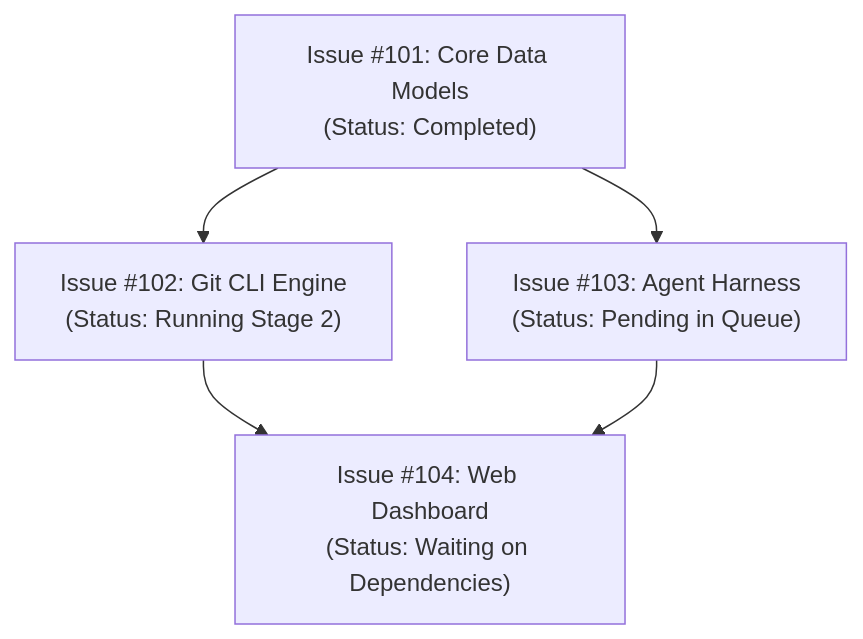
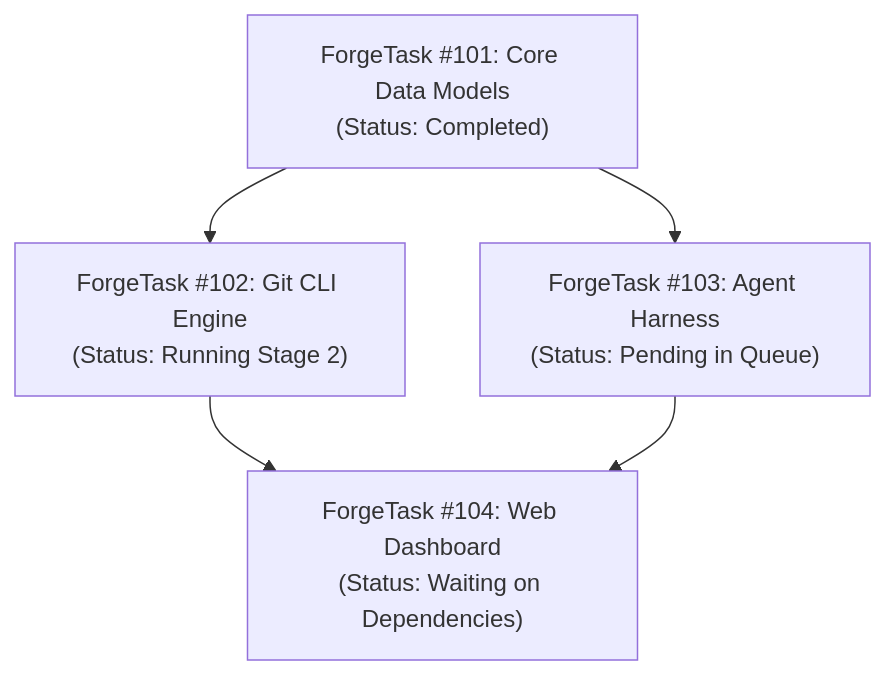
One commit to jetelain/NightCodeForge changed the sixth of 22 diagrams in docs/ARCHITECTURE.md. Above: the diagram before and after it, drawn with Mermaid. The commit also changed other lines of this file and 151 other files, not shown here.

Commit message:
Issue -> Task

````diff
--- a/docs/ARCHITECTURE.md
+++ b/docs/ARCHITECTURE.md
@@ -489,12 +489,12 @@
 ```mermaid
 flowchart TD
-    Issue101["Issue #101: Core Data Models\n(Status: Completed)"]
-    Issue102["Issue #102: Git CLI Engine\n(Status: Running Stage 2)"]
-    Issue103["Issue #103: Agent Harness\n(Status: Pending in Queue)"]
-    Issue104["Issue #104: Web Dashboard\n(Status: Waiting on Dependencies)"]
+    Task101["ForgeTask #101: Core Data Models\n(Status: Completed)"]
+    Task102["ForgeTask #102: Git CLI Engine\n(Status: Running Stage 2)"]
+    Task103["ForgeTask #103: Agent Harness\n(Status: Pending in Queue)"]
+    Task104["ForgeTask #104: Web Dashboard\n(Status: Waiting on Dependencies)"]
 
-    Issue101 --> Issue102
-    Issue101 --> Issue103
-    Issue102 --> Issue104
-    Issue103 --> Issue104
+    Task101 --> Task102
+    Task101 --> Task103
+    Task102 --> Task104
+    Task103 --> Task104
 ```
````
